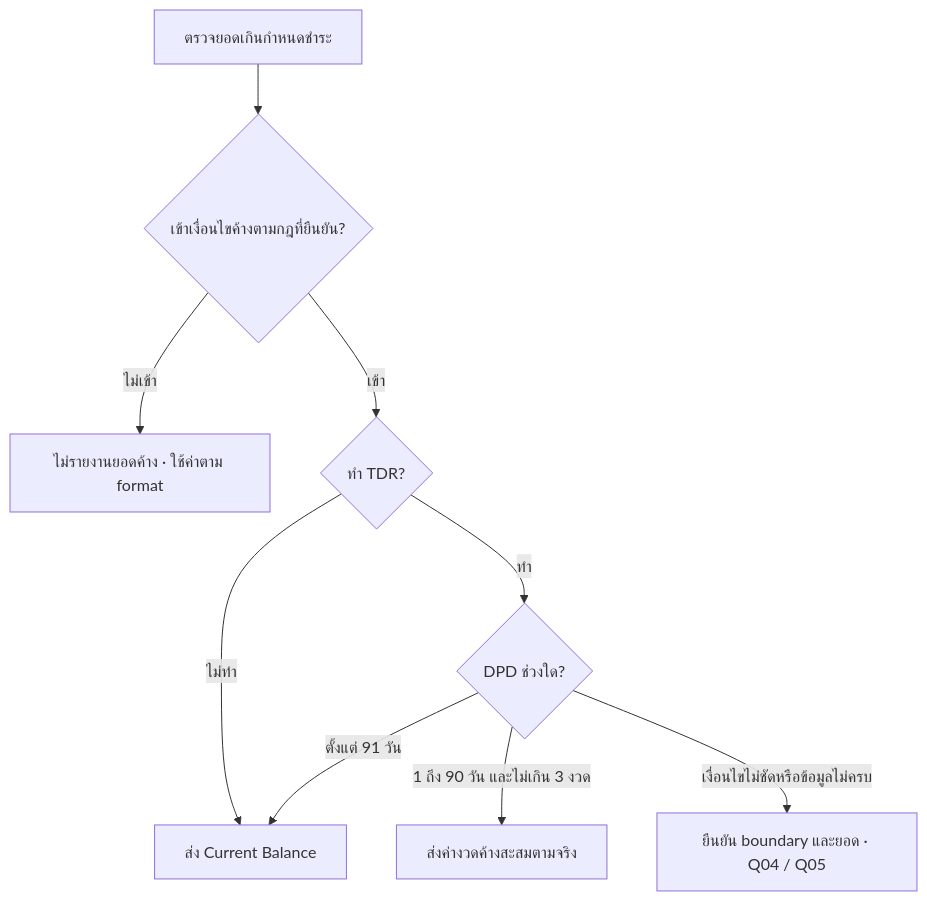
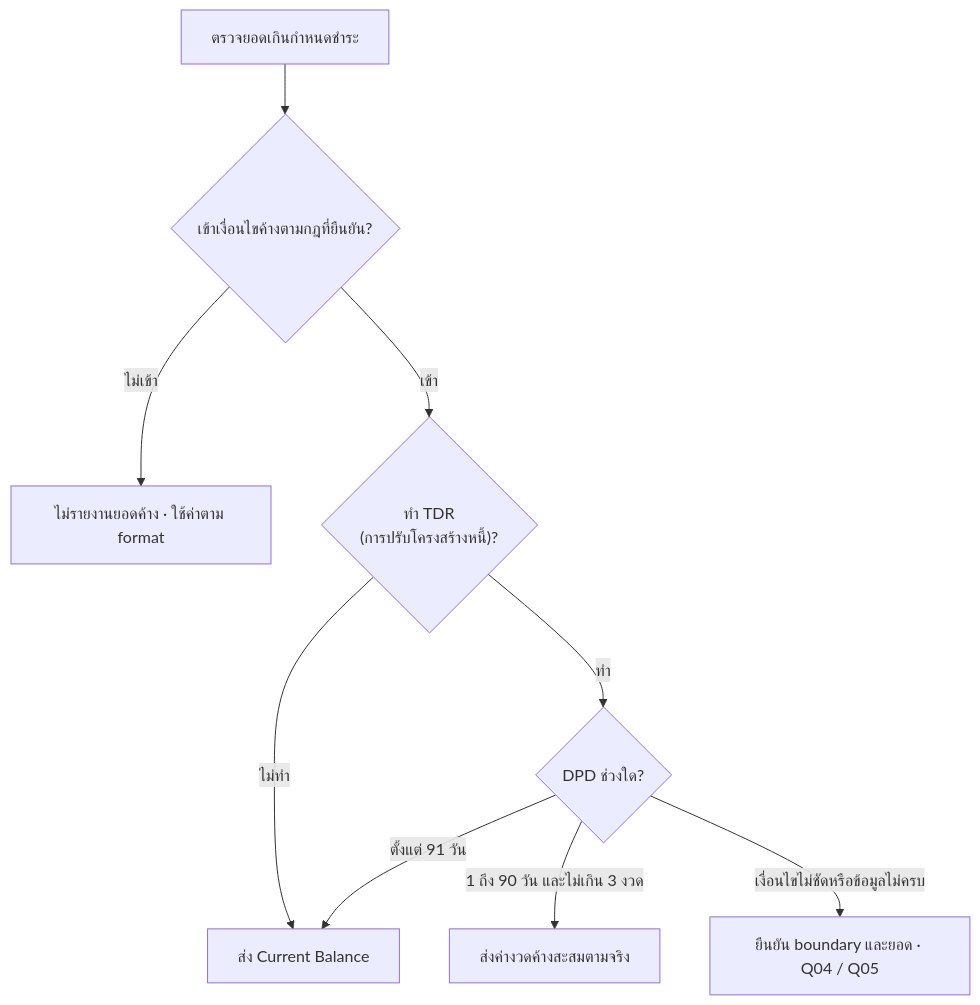
Before and after one commit to yukasung/eodncb: the fourth of 4 diagrams in app/business-rules/page.mdx, drawn with Mermaid. The commit also changed other lines of this file and 14 other files, not shown here.

````diff
--- a/app/business-rules/page.mdx
+++ b/app/business-rules/page.mdx
@@ -91,12 +91,12 @@
 ```mermaid
 %%{init: {"flowchart": {"useMaxWidth": false}}}%%
 flowchart TD
     A[ตรวจยอดเกินกำหนดชำระ] --> B{เข้าเงื่อนไขค้างตามกฎที่ยืนยัน?}
     B -->|ไม่เข้า| C[ไม่รายงานยอดค้าง · ใช้ค่าตาม format]
-    B -->|เข้า| D{ทำ TDR?}
+    B -->|เข้า| D{"ทำ TDR<br/>(การปรับโครงสร้างหนี้)?"}
     D -->|ไม่ทำ| E[ส่ง Current Balance]
     D -->|ทำ| F{DPD ช่วงใด?}
     F -->|1 ถึง 90 วัน และไม่เกิน 3 งวด| G[ส่งค่างวดค้างสะสมตามจริง]
     F -->|ตั้งแต่ 91 วัน| E
     F -->|เงื่อนไขไม่ชัดหรือข้อมูลไม่ครบ| H[ยืนยัน boundary และยอด · Q04 / Q05]
 ```
````
